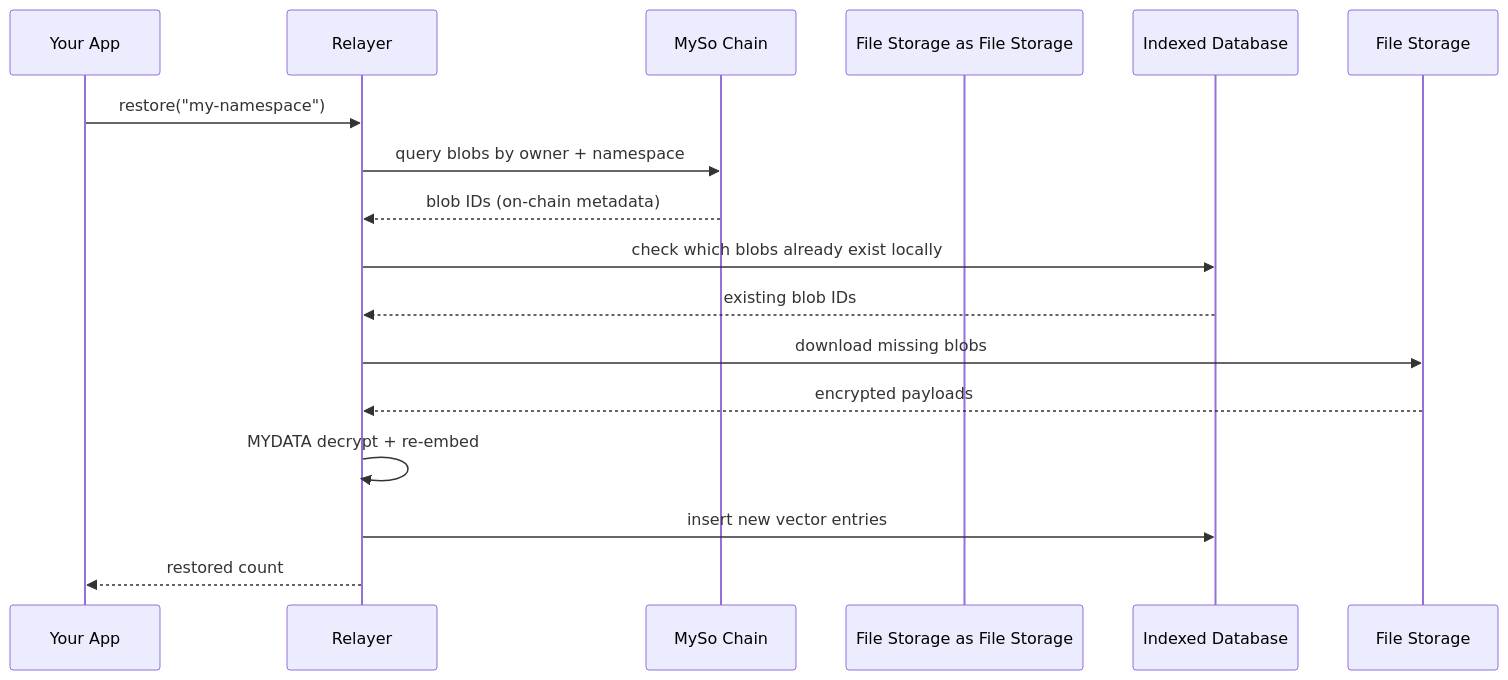
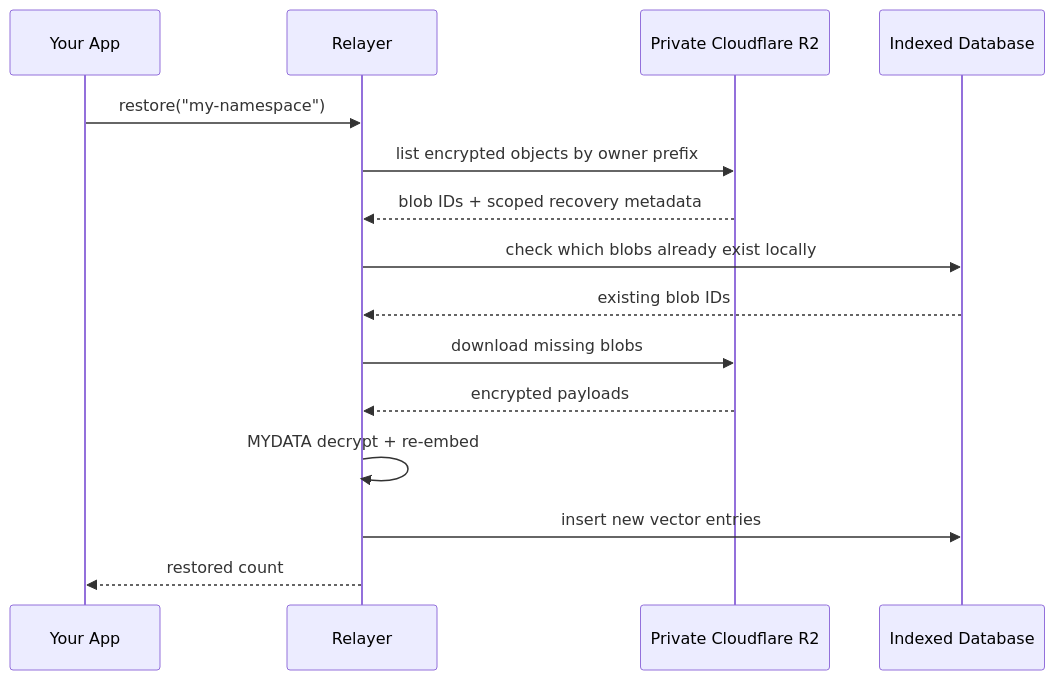
One commit to The-Social-Proof-Foundation/myso-memory changed the third of 3 diagrams in docs/fundamentals/architecture/how-storage-works.md. Above: the diagram before and after it, drawn with Mermaid. The commit also changed other lines of this file and 272 other files, not shown here.

Commit message:
MAJOR upgrade adding the remaining gaps to the mcp server and other needed functions for agents flow

````diff
--- a/docs/fundamentals/architecture/how-storage-works.md
+++ b/docs/fundamentals/architecture/how-storage-works.md
@@ -89,19 +89,18 @@
 ```mermaid
 sequenceDiagram
     participant App as Your App
     participant Relayer as Relayer
-    participant Chain as MySo Chain
-    participant File Storage as File Storage
+    participant R2 as Private Cloudflare R2
     participant DB as Indexed Database
 
     App->>Relayer: restore("my-namespace")
-    Relayer->>Chain: query blobs by owner + namespace
-    Chain-->>Relayer: blob IDs (on-chain metadata)
+    Relayer->>R2: list encrypted objects by owner prefix
+    R2-->>Relayer: blob IDs + scoped recovery metadata
     Relayer->>DB: check which blobs already exist locally
     DB-->>Relayer: existing blob IDs
-    Relayer->>File Storage: download missing blobs
-    File Storage-->>Relayer: encrypted payloads
+    Relayer->>R2: download missing blobs
+    R2-->>Relayer: encrypted payloads
     Relayer->>Relayer: MYDATA decrypt + re-embed
     Relayer->>DB: insert new vector entries
     Relayer-->>App: restored count
 ```
````
